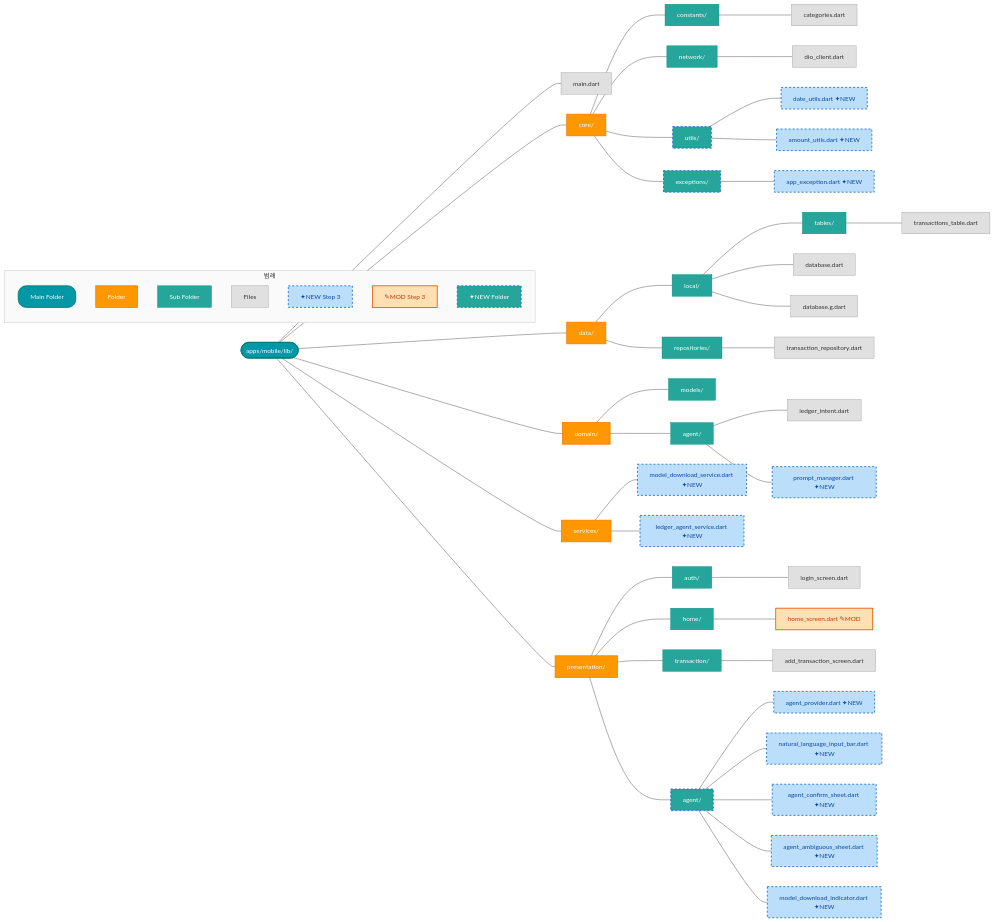
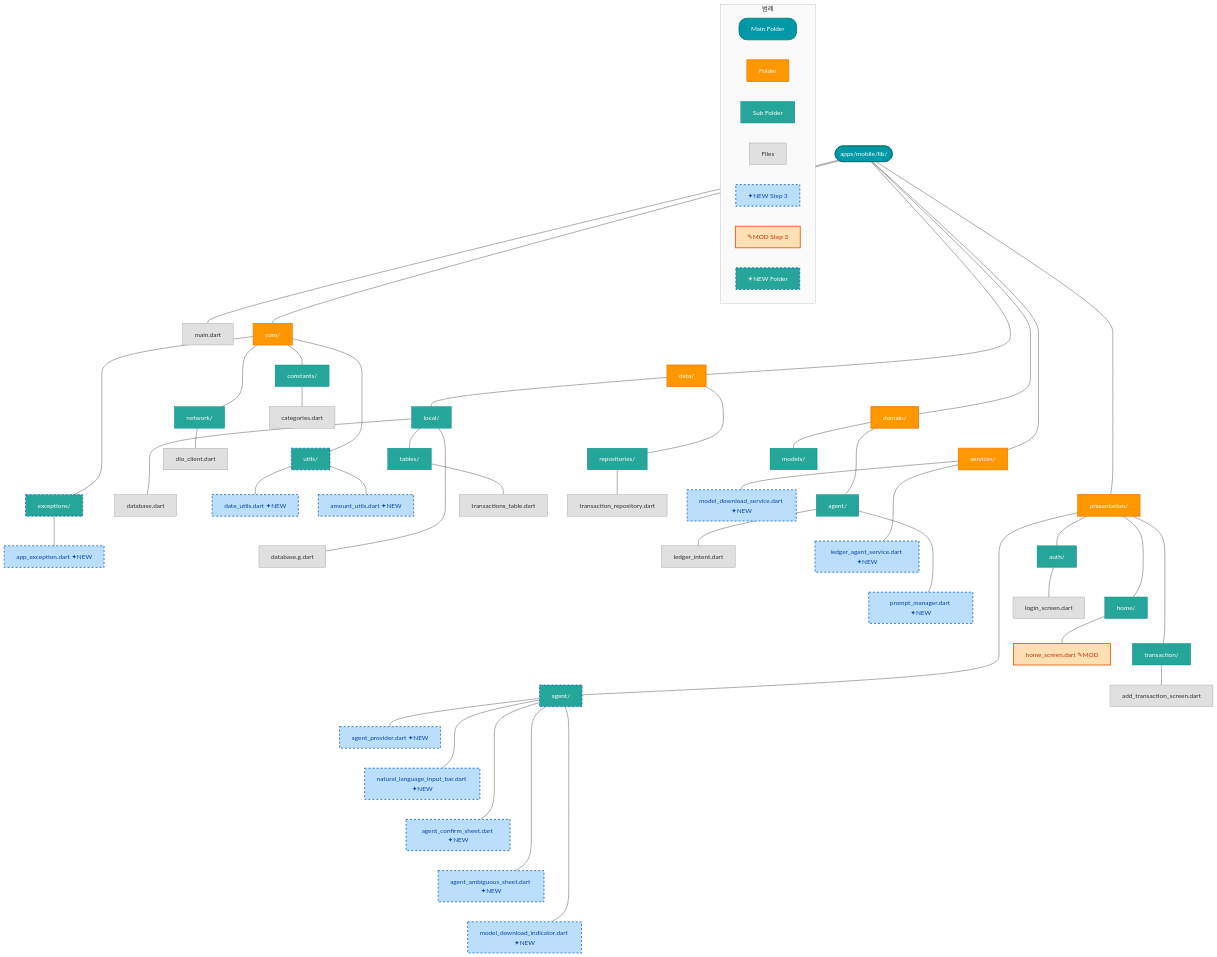
Before and after one commit to mingunkim123/Ondevice-Legder-Agent: the diagram in docs/step3.md, drawn with Mermaid.

````diff
--- a/docs/step3.md
+++ b/docs/step3.md
@@ -11,5 +11,5 @@
 ```mermaid
-graph LR
+flowchart TD
     Root(["apps/mobile/lib/"]):::main
     Root --- MainDart["main.dart"]:::file
 
@@ -19,56 +19,65 @@
     Root --- Services["services/"]:::folder
     Root --- Pres["presentation/"]:::folder
 
+    %% 메인 섹션 세로 정렬 강제
+    Core ~~~ Data ~~~ Domain ~~~ Services ~~~ Pres
+
     %% ── core ──
     Core --- C1["constants/"]:::sub
+    Core --- C2["network/"]:::sub
+    Core --- C3["utils/"]:::newsub
+    Core --- C4["exceptions/"]:::newsub
+    C1 ~~~ C2 ~~~ C3 ~~~ C4
+
     C1 --- C1a["categories.dart"]:::file
-
-    Core --- C2["network/"]:::sub
     C2 --- C2a["dio_client.dart"]:::file
-
-    Core --- C3["utils/"]:::newsub
     C3 --- C3a["date_utils.dart ✦NEW"]:::newfile
     C3 --- C3b["amount_utils.dart ✦NEW"]:::newfile
-
-    Core --- C4["exceptions/"]:::newsub
     C4 --- C4a["app_exception.dart ✦NEW"]:::newfile
 
     %% ── data ──
     Data --- D1["local/"]:::sub
+    Data --- D2["repositories/"]:::sub
+    D1 ~~~ D2
+
     D1 --- D1a["tables/"]:::sub
-    D1a --- D1a1["transactions_table.dart"]:::file
     D1 --- D1b["database.dart"]:::file
     D1 --- D1c["database.g.dart"]:::file
+    D1a ~~~ D1b ~~~ D1c
 
-    Data --- D2["repositories/"]:::sub
+    D1a --- D1a1["transactions_table.dart"]:::file
     D2 --- D2a["transaction_repository.dart"]:::file
 
     %% ── domain ──
     Domain --- Do1["models/"]:::sub
     Domain --- Do2["agent/"]:::sub
+    Do1 ~~~ Do2
+
     Do2 --- Do2a["ledger_intent.dart"]:::file
     Do2 --- Do2b["prompt_manager.dart ✦NEW"]:::newfile
+    Do2a ~~~ Do2b
 
     %% ── services ──
     Services --- S1["model_download_service.dart ✦NEW"]:::newfile
     Services --- S2["ledger_agent_service.dart ✦NEW"]:::newfile
+    S1 ~~~ S2
 
     %% ── presentation ──
     Pres --- P1["auth/"]:::sub
+    Pres --- P2["home/"]:::sub
+    Pres --- P3["transaction/"]:::sub
+    Pres --- P4["agent/"]:::newsub
+    P1 ~~~ P2 ~~~ P3 ~~~ P4
+
     P1 --- P1a["login_screen.dart"]:::file
-
-    Pres --- P2["home/"]:::sub
     P2 --- P2a["home_screen.dart ✎MOD"]:::modfile
-
-    Pres --- P3["transaction/"]:::sub
     P3 --- P3a["add_transaction_screen.dart"]:::file
-
-    Pres --- P4["agent/"]:::newsub
     P4 --- P4a["agent_provider.dart ✦NEW"]:::newfile
     P4 --- P4b["natural_language_input_bar.dart ✦NEW"]:::newfile
     P4 --- P4c["agent_confirm_sheet.dart ✦NEW"]:::newfile
     P4 --- P4d["agent_ambiguous_sheet.dart ✦NEW"]:::newfile
     P4 --- P4e["model_download_indicator.dart ✦NEW"]:::newfile
+    P4a ~~~ P4b ~~~ P4c ~~~ P4d ~~~ P4e
 
     %% ── legend ──
     subgraph Legend [범례]
````
